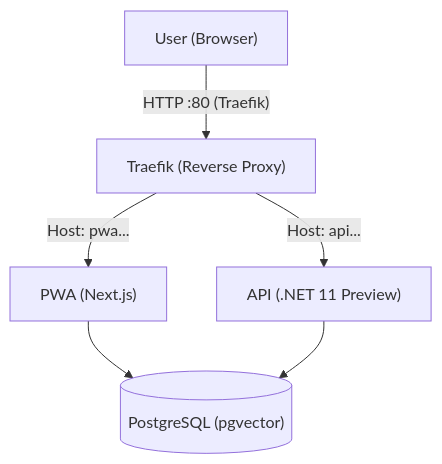
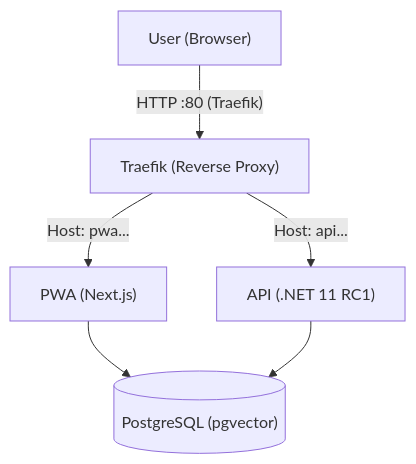
The diagram in LOCAL_DEV_LOOP.md (AlexandreBrisebois/whats-for-supper), drawn with Mermaid before and after one commit. The commit also changed 44 other files, not shown here.

````diff
--- a/LOCAL_DEV_LOOP.md
+++ b/LOCAL_DEV_LOOP.md
@@ -7,8 +7,8 @@
 ```mermaid
 graph TD
     User["User (Browser)"] -- "HTTP :80 (Traefik)" --> Traefik["Traefik (Reverse Proxy)"]
     Traefik -- "Host: pwa..." --> PWA["PWA (Next.js)"]
-    Traefik -- "Host: api..." --> API["API (.NET 11 Preview)"]
+    Traefik -- "Host: api..." --> API["API (.NET 11 RC1)"]
     PWA --> DB[("PostgreSQL (pgvector)")]
     API --> DB
 ```
````
